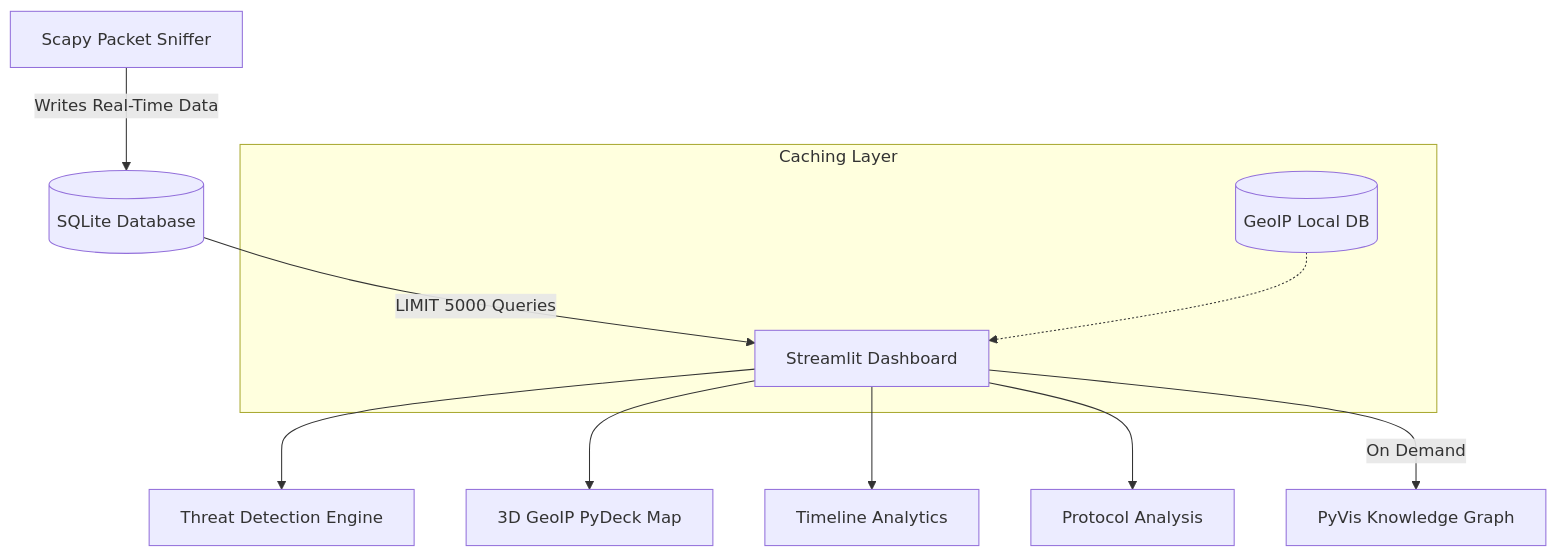
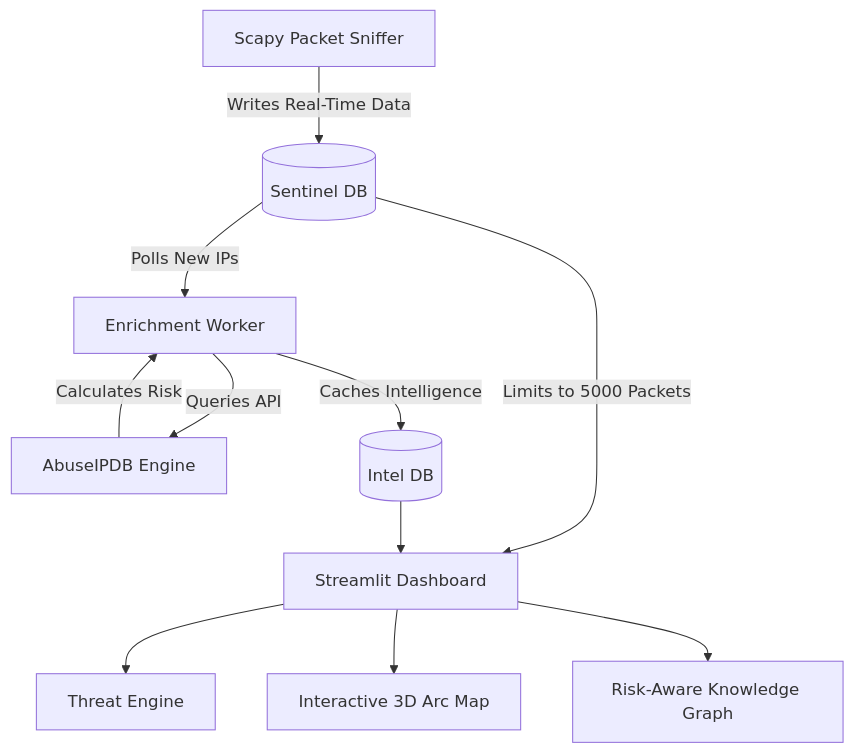
Before and after one commit to Pranavkalkur/Sentinel-Network-Intelligence-Platform: the diagram in README.md, drawn with Mermaid. The commit also changed other lines of this file, not shown here.

Commit message:
Docs: Update README with Phase 5 Threat Intelligence pipeline details

````diff
--- a/README.md
+++ b/README.md
@@ -25,16 +25,17 @@
 ```mermaid
 flowchart TD
-    A[Scapy Packet Sniffer] -->|Writes Real-Time Data| B[(SQLite Database)]
-    B -->|LIMIT 5000 Queries| C[Streamlit Dashboard]
+    A[Scapy Packet Sniffer] -->|Writes Real-Time Data| B[(Sentinel DB)]
     
-    C --> D[Threat Detection Engine]
-    C --> E[3D GeoIP PyDeck Map]
-    C --> F[Timeline Analytics]
-    C --> G[Protocol Analysis]
+    B -->|Limits to 5000 Packets| C[Streamlit Dashboard]
     
-    C -->|On Demand| H[PyVis Knowledge Graph]
+    B -->|Polls New IPs| D[Enrichment Worker]
+    D -->|Queries API| E[AbuseIPDB Engine]
+    E -->|Calculates Risk| D
+    D -->|Caches Intelligence| F[(Intel DB)]
     
-    subgraph Caching Layer
-    I[(GeoIP Local DB)] -.-> C
-    end
+    F --> C
+    
+    C --> G[Threat Engine]
+    C --> H[Interactive 3D Arc Map]
+    C --> I[Risk-Aware Knowledge Graph]
 ```
````
